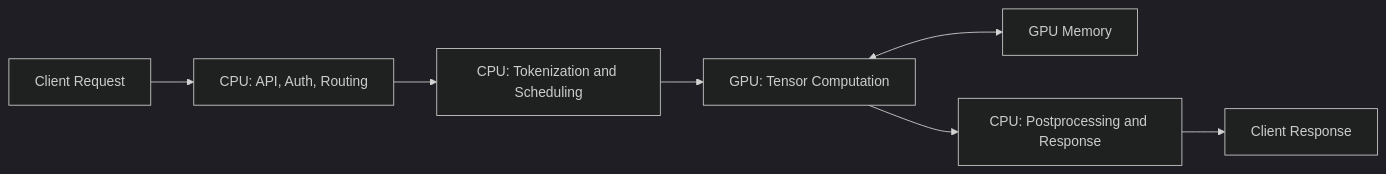
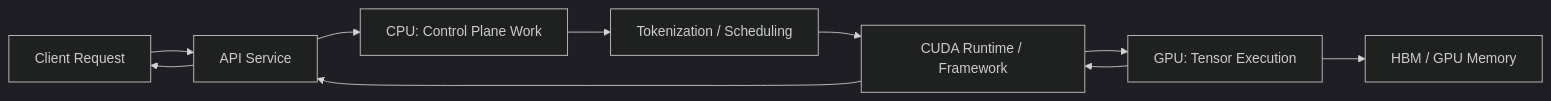
One commit to jithinpnjm/nvidia-devops changed the first of 2 diagrams in docs/nvidia-zero-to-hero/volume-01/chapter-03-cpu-vs-gpu.md. Above: the diagram before and after it, drawn with Mermaid (dark theme). The commit also changed other lines of this file, not shown here.

Commit message:
rewrite cpu vs gpu chapter presentation

````diff
--- a/docs/nvidia-zero-to-hero/volume-01/chapter-03-cpu-vs-gpu.md
+++ b/docs/nvidia-zero-to-hero/volume-01/chapter-03-cpu-vs-gpu.md
@@ -82,13 +48,12 @@
 ```mermaid
 flowchart LR
-    client[Client Request]
-    cpu1[CPU: API, Auth, Routing]
-    cpu2[CPU: Tokenization and Scheduling]
-    gpu[GPU: Tensor Computation]
-    mem[GPU Memory]
-    cpu3[CPU: Postprocessing and Response]
-    response[Client Response]
-
-    client --> cpu1 --> cpu2 --> gpu --> cpu3 --> response
-    gpu <--> mem
+    Client[Client Request] --> API[API Service]
+    API --> CPU[CPU: Control Plane Work]
+    CPU --> Prep[Tokenization / Scheduling]
+    Prep --> Runtime[CUDA Runtime / Framework]
+    Runtime --> GPU[GPU: Tensor Execution]
+    GPU --> Memory[HBM / GPU Memory]
+    GPU --> Runtime
+    Runtime --> API
+    API --> Client
 ```
````
